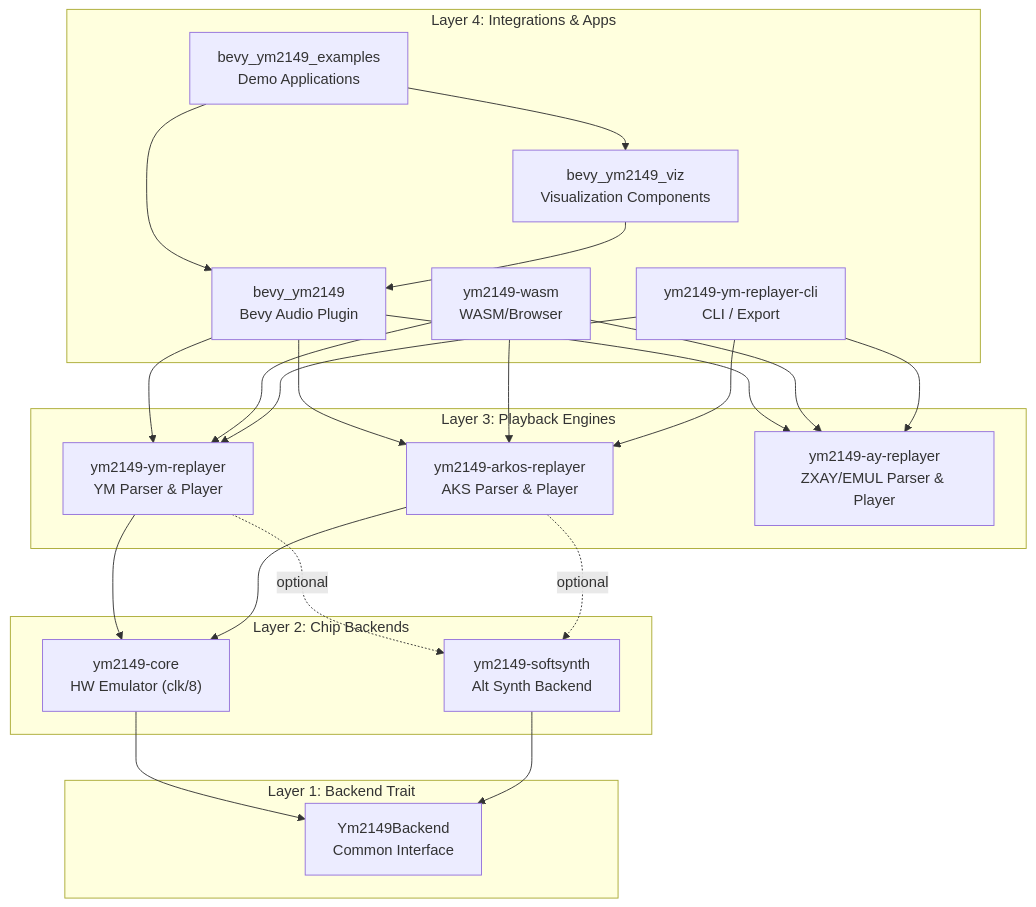
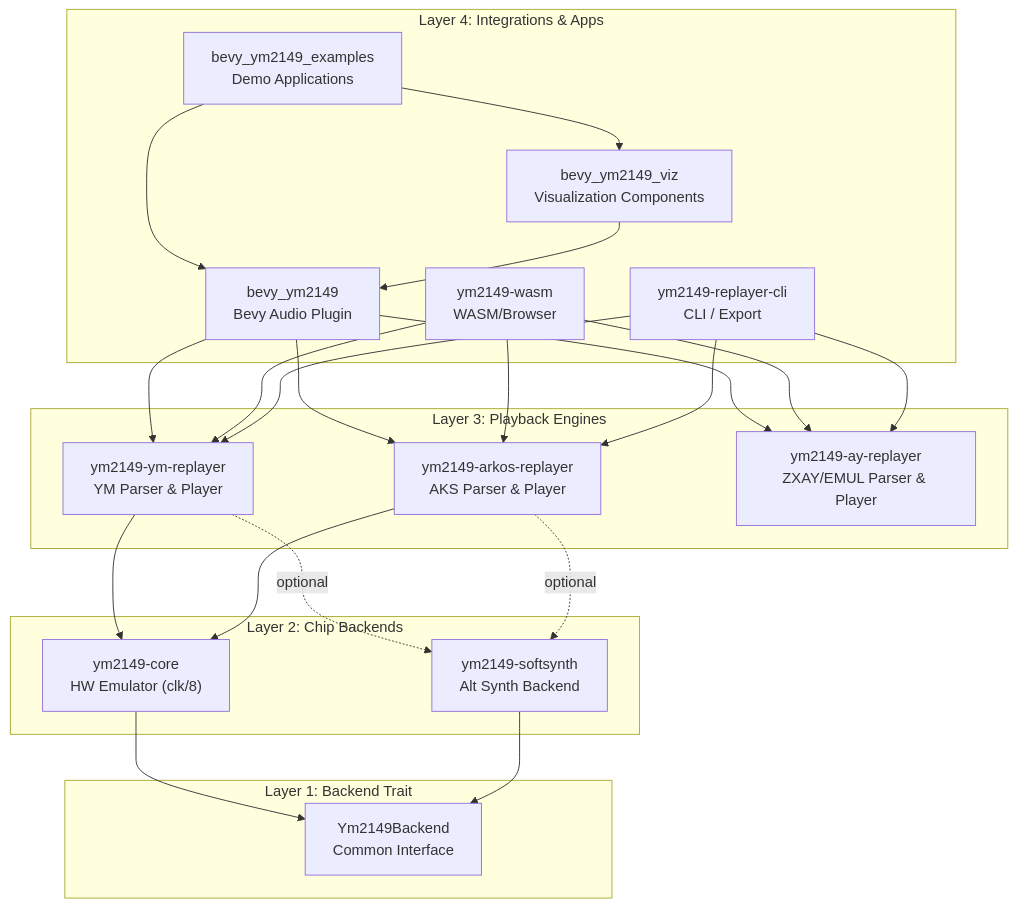
Before and after one commit to slippyex/ym2149-rs: the first of 5 diagrams in ARCHITECTURE.md, drawn with Mermaid. The commit also changed other lines of this file and 13 other files, not shown here.

Commit message:
renames ym2149-ym-replayer-cli into the logical ym2149-replayer-cli

````diff
--- a/ARCHITECTURE.md
+++ b/ARCHITECTURE.md
@@ -11,44 +11,44 @@
 ```mermaid
 graph TB
     subgraph "Layer 4: Integrations & Apps"
         BEVY_EX["bevy_ym2149_examples<br/>Demo Applications"]
         BEVY_VIZ["bevy_ym2149_viz<br/>Visualization Components"]
         BEVY["bevy_ym2149<br/>Bevy Audio Plugin"]
         WASM["ym2149-wasm<br/>WASM/Browser"]
-        CLI["ym2149-ym-replayer-cli<br/>CLI / Export"]
+        CLI["ym2149-replayer-cli<br/>CLI / Export"]
     end
 
     subgraph "Layer 3: Playback Engines"
         REPLAYER["ym2149-ym-replayer<br/>YM Parser & Player"]
         ARKOS["ym2149-arkos-replayer<br/>AKS Parser & Player"]
         AY["ym2149-ay-replayer<br/>ZXAY/EMUL Parser & Player"]
     end
 
     subgraph "Layer 2: Chip Backends"
         YM2149["ym2149-core<br/>HW Emulator (clk/8)"]
         SOFTSYNTH["ym2149-softsynth<br/>Alt Synth Backend"]
     end
 
     subgraph "Layer 1: Backend Trait"
         TRAIT["Ym2149Backend<br/>Common Interface"]
     end
 
     BEVY_EX --> BEVY_VIZ
     BEVY_EX --> BEVY
     BEVY_VIZ --> BEVY
     BEVY --> REPLAYER
     BEVY --> ARKOS
     BEVY --> AY
     WASM --> REPLAYER
     WASM --> ARKOS
     WASM --> AY
     CLI --> REPLAYER
     CLI --> ARKOS
     CLI --> AY
     REPLAYER --> YM2149
     REPLAYER -.optional.-> SOFTSYNTH
     ARKOS --> YM2149
     ARKOS -.optional.-> SOFTSYNTH
     YM2149 --> TRAIT
     SOFTSYNTH --> TRAIT
 ```
````
